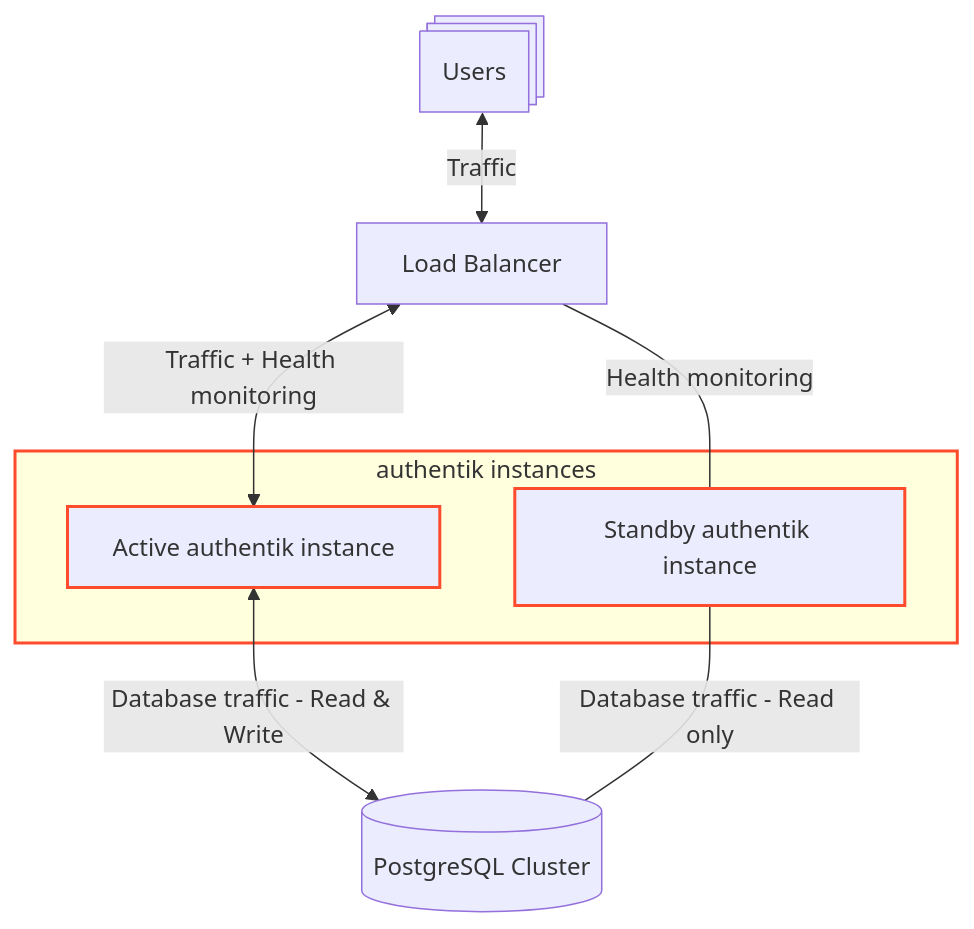
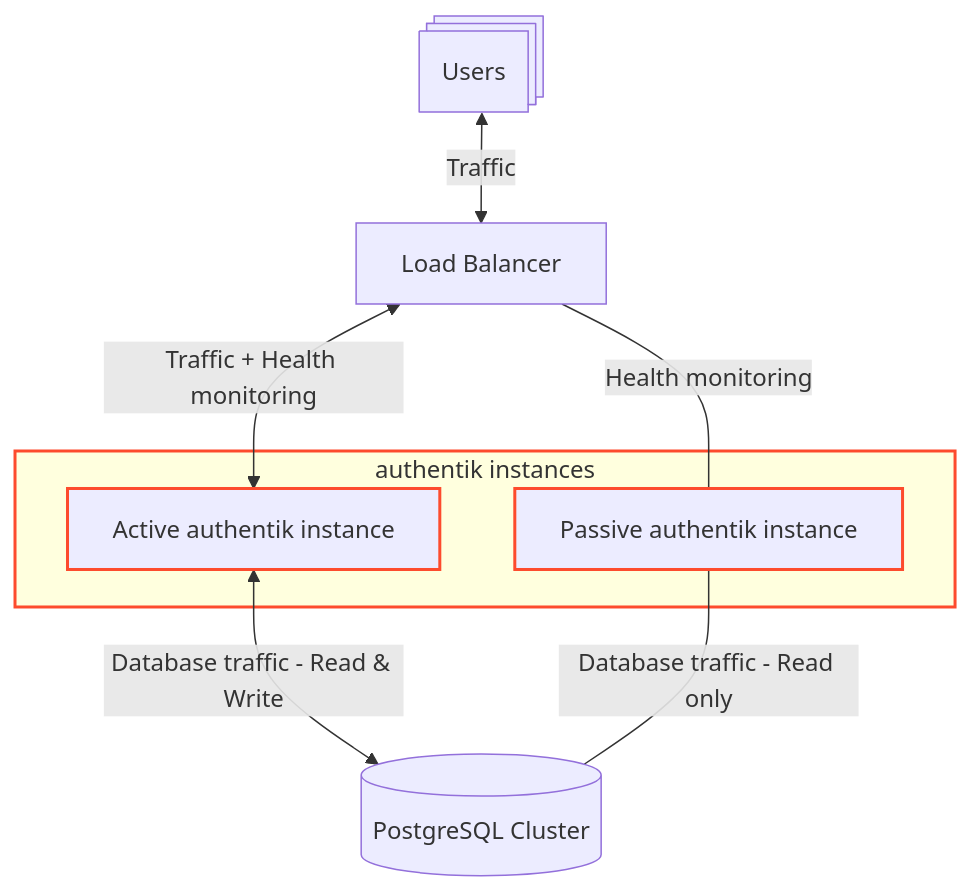
Before and after one commit to goauthentik/authentik: the diagram in website/docs/install-config/high-availability.mdx, drawn with Mermaid. The commit also changed other lines of this file, not shown here.

````diff
--- a/website/docs/install-config/high-availability.mdx
+++ b/website/docs/install-config/high-availability.mdx
@@ -38,23 +40,23 @@
 ```mermaid
 graph TD
     subgraph authentikInstances["authentik instances"]
         A[Active authentik instance]@{stroke: #fd4b2d}
-        S[Standby authentik instance]@{stroke: #fd4b2d}
+        P[Passive authentik instance]@{stroke: #fd4b2d}
     end
 
     U[Users]@{ shape: processes}
     L[Load Balancer]
     PG[(PostgreSQL Cluster)]
 
     U <-->|Traffic| L
 
     L <-->|Traffic + Health monitoring| A
-    L ---|Health monitoring| S
+    L ---|Health monitoring| P
 
     A <-->|Database traffic - Read & Write| PG
-    S ---|Database traffic - Read only| PG
+    P ---|Database traffic - Read only| PG
 
     style A stroke: #fd4b2d,stroke-width:2px
-    style S stroke: #fd4b2d,stroke-width:2px
+    style P stroke: #fd4b2d,stroke-width:2px
     style authentikInstances stroke:#fd4b2d,stroke-width:2px
 ```
````
